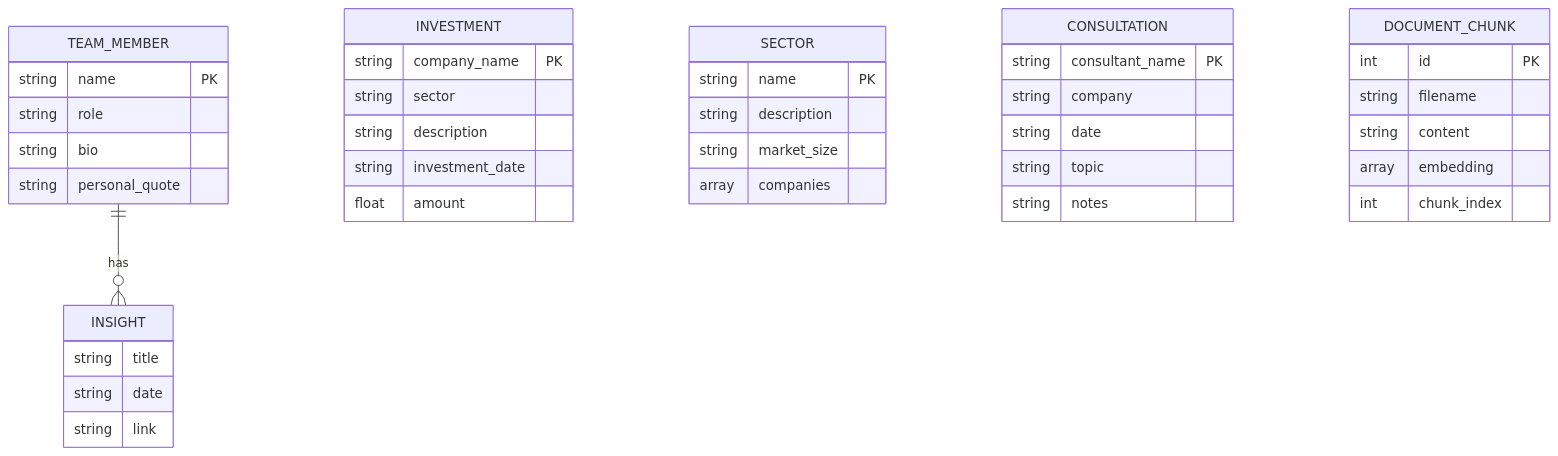
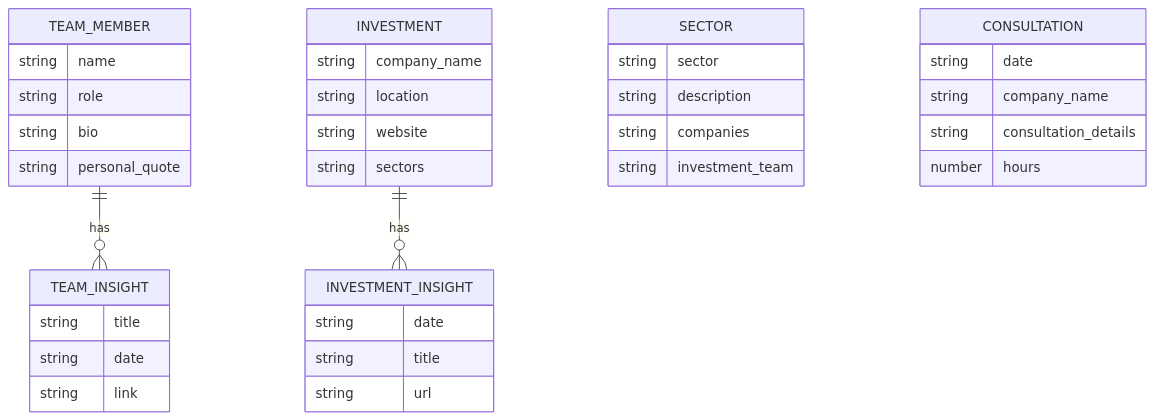
Before and after one commit to yamposskype/AI-RAG-LangChain: the ninth of 21 diagrams in ARCHITECTURE.md, drawn with Mermaid. The commit also changed other lines of this file and 164 other files, not shown here.

````diff
--- a/ARCHITECTURE.md
+++ b/ARCHITECTURE.md
@@ -402,46 +450,45 @@
 ```mermaid
 erDiagram
-    TEAM_MEMBER ||--o{ INSIGHT : has
+    TEAM_MEMBER ||--o{ TEAM_INSIGHT : has
+    INVESTMENT ||--o{ INVESTMENT_INSIGHT : has
+
     TEAM_MEMBER {
-        string name PK
-        string role
-        string bio
-        string personal_quote
+      string name
+      string role
+      string bio
+      string personal_quote
     }
-    INSIGHT {
-        string title
-        string date
-        string link
+
+    TEAM_INSIGHT {
+      string title
+      string date
+      string link
     }
 
     INVESTMENT {
-        string company_name PK
-        string sector
-        string description
-        string investment_date
-        float amount
+      string company_name
+      string location
+      string website
+      string sectors
+    }
+
+    INVESTMENT_INSIGHT {
+      string date
+      string title
+      string url
     }
 
     SECTOR {
-        string name PK
-        string description
-        string market_size
-        array companies
+      string sector
+      string description
+      string companies
+      string investment_team
     }
 
     CONSULTATION {
-        string consultant_name PK
-        string company
-        string date
-        string topic
-        string notes
-    }
-
-    DOCUMENT_CHUNK {
-        int id PK
-        string filename
-        string content
-        array embedding
-        int chunk_index
+      string date
+      string company_name
+      string consultation_details
+      number hours
     }
 ```
````
